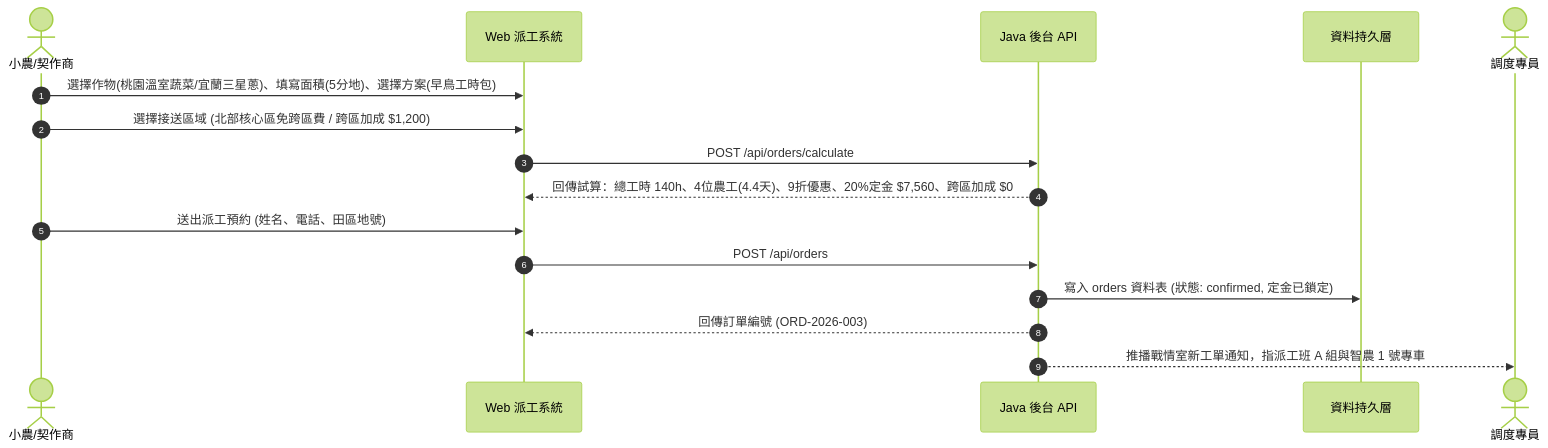
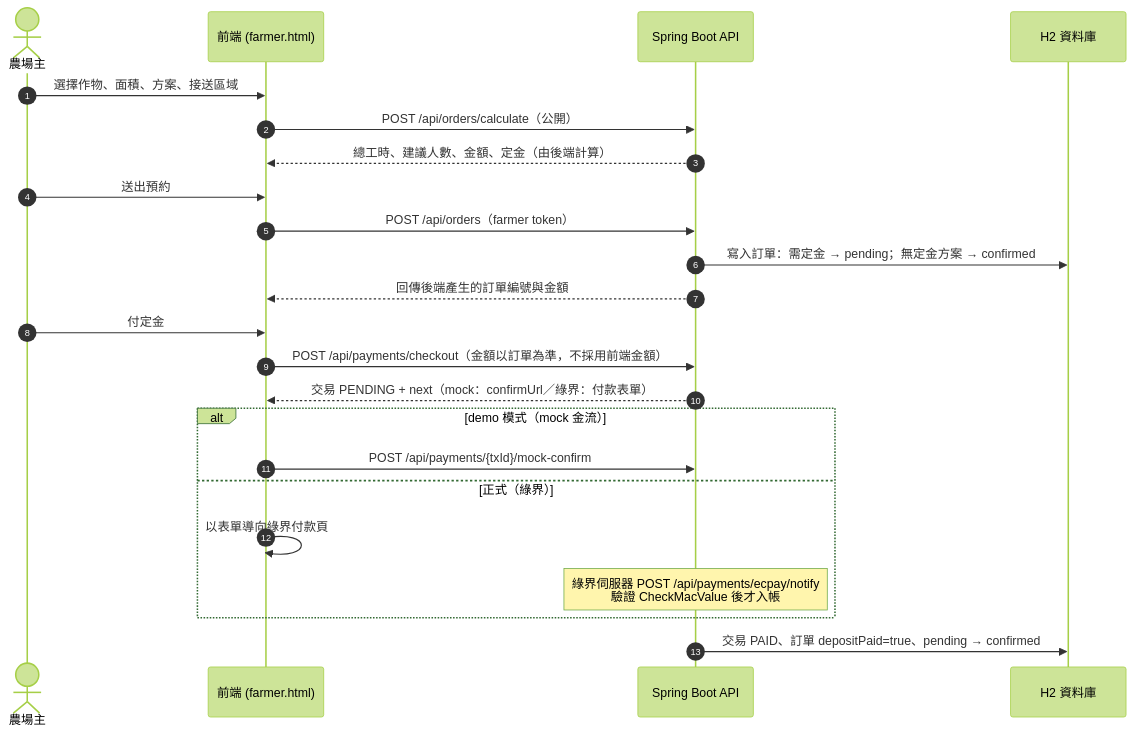
One commit to xx8888x/agridispatch changed the third of 5 diagrams in Software/Doc/01_系統分析與架構設計規格書.md. Above: the diagram before and after it, drawn with Mermaid (forest theme). The commit also changed other lines of this file and 7 other files, not shown here.

First line of the commit message:
系統規格書與 ERD 改寫為 v3.0：依實際程式碼描述架構、安全、API 與資料模型

````diff
--- a/Software/Doc/01_系統分析與架構設計規格書.md
+++ b/Software/Doc/01_系統分析與架構設計規格書.md
@@ -131,19 +112,26 @@
 ```mermaid
 sequenceDiagram
     autonumber
-    actor F as 小農/契作商
-    participant Web as Web 派工系統
-    participant Java as Java 後台 API
-    participant DB as 資料持久層
-    actor D as 調度專員
+    actor F as 農場主
+    participant Web as 前端 (farmer.html)
+    participant API as Spring Boot API
+    participant DB as H2 資料庫
 
-    F->>Web: 選擇作物(桃園溫室蔬菜/宜蘭三星蔥)、填寫面積(5分地)、選擇方案(早鳥工時包)
-    F->>Web: 選擇接送區域 (北部核心區免跨區費 / 跨區加成 $1,200)
-    Web->>Java: POST /api/orders/calculate
-    Java-->>Web: 回傳試算：總工時 140h、4位農工(4.4天)、9折優惠、20%定金 $7,560、跨區加成 $0
-    F->>Web: 送出派工預約 (姓名、電話、田區地號)
-    Web->>Java: POST /api/orders
-    Java->>DB: 寫入 orders 資料表 (狀態: confirmed, 定金已鎖定)
-    Java-->>Web: 回傳訂單編號 (ORD-2026-003)
-    Java-->>D: 推播戰情室新工單通知，指派工班 A 組與智農 1 號專車
+    F->>Web: 選擇作物、面積、方案、接送區域
+    Web->>API: POST /api/orders/calculate（公開）
+    API-->>Web: 總工時、建議人數、金額、定金（由後端計算）
+    F->>Web: 送出預約
+    Web->>API: POST /api/orders（farmer token）
+    API->>DB: 寫入訂單：需定金 → pending；無定金方案 → confirmed
+    API-->>Web: 回傳後端產生的訂單編號與金額
+    F->>Web: 付定金
+    Web->>API: POST /api/payments/checkout（金額以訂單為準，不採用前端金額）
+    API-->>Web: 交易 PENDING + next（mock：confirmUrl／綠界：付款表單）
+    alt demo 模式（mock 金流）
+        Web->>API: POST /api/payments/{txId}/mock-confirm
+    else 正式（綠界）
+        Web->>Web: 以表單導向綠界付款頁
+        Note over API: 綠界伺服器 POST /api/payments/ecpay/notify<br/>驗證 CheckMacValue 後才入帳
+    end
+    API->>DB: 交易 PAID、訂單 depositPaid=true、pending → confirmed
 ```
````
